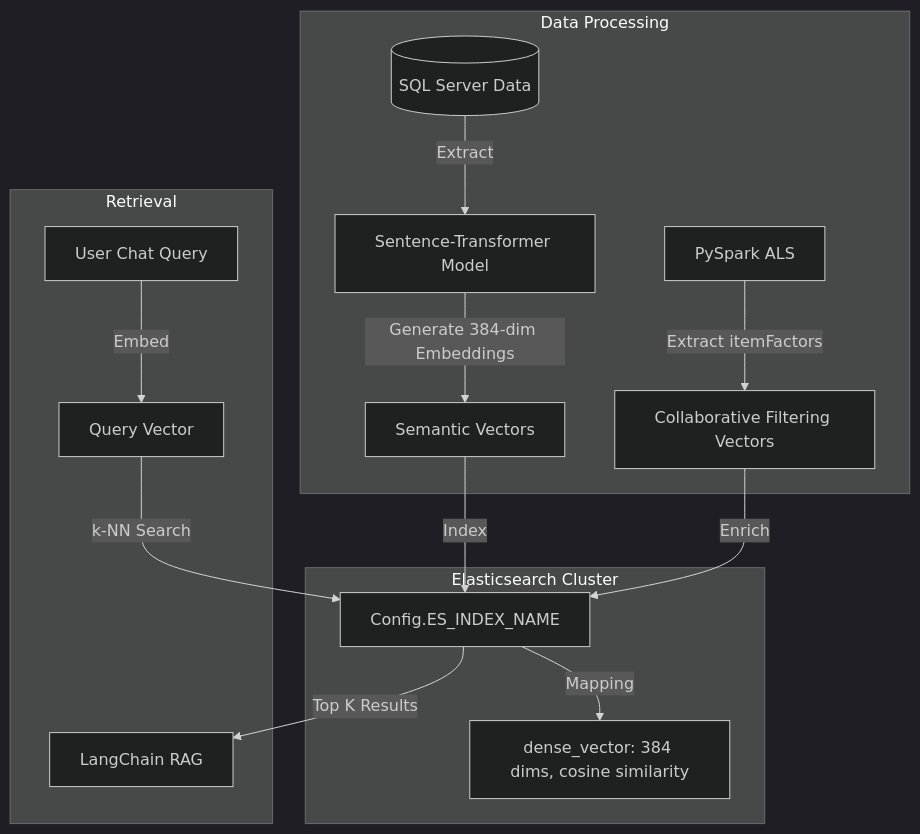
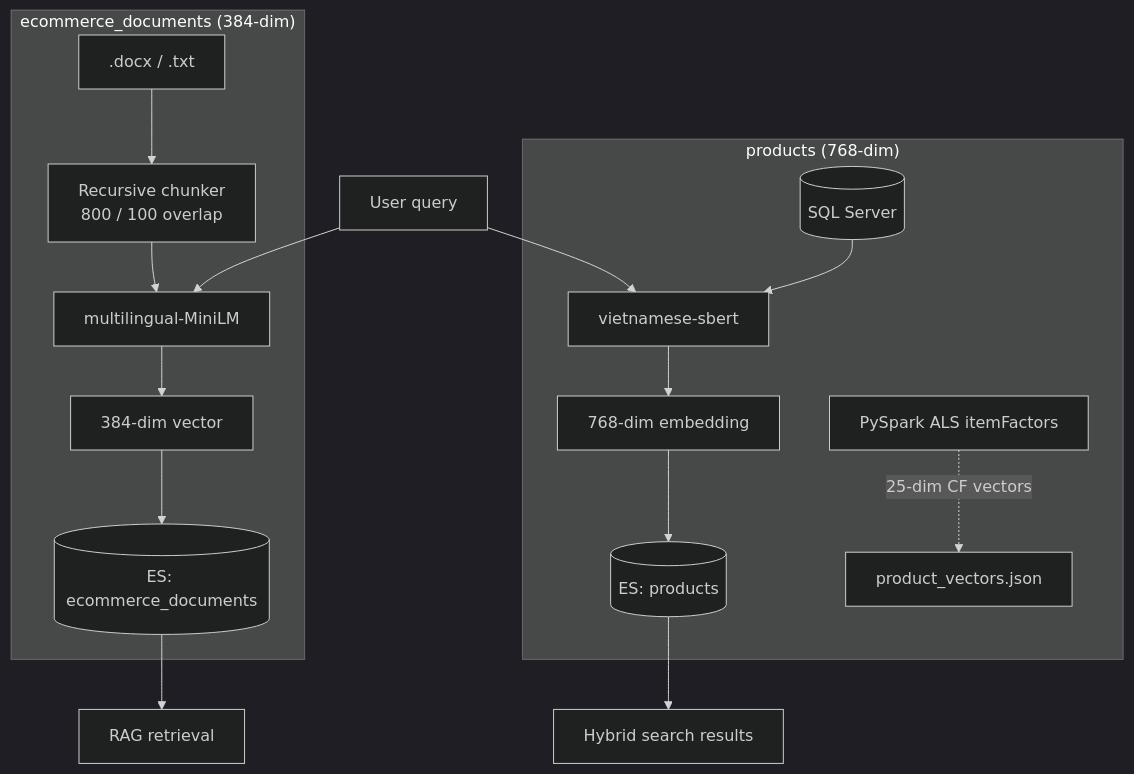
The fourth of 8 diagrams in README.md (chuong1210/VShop), drawn with Mermaid (dark theme) before and after one commit. The commit also changed other lines of this file, not shown here.

First line of the commit message:
docs: expand README with deep AI/RAG, Big Data, and application sections

````diff
--- a/README.md
+++ b/README.md
@@ -163,21 +214,19 @@
 ```mermaid
 flowchart TD
-    subgraph Data Processing
-        SQL[(SQL Server Data)] --> |Extract| BERT[Sentence-Transformer Model]
-        BERT --> |Generate 384-dim Embeddings| Vec1[Semantic Vectors]
-        
-        Spark[PySpark ALS] --> |Extract itemFactors| Vec2[Collaborative Filtering Vectors]
+    subgraph Product Index ["products (768-dim)"]
+        SQL[(SQL Server)] --> SB[vietnamese-sbert]
+        SB --> PV[768-dim embedding]
+        PV --> PIDX[(ES: products)]
+        ALS[PySpark ALS itemFactors] -. 25-dim CF vectors .-> PVJSON[product_vectors.json]
     end
-    
-    subgraph Elasticsearch Cluster
-        Vec1 --> |Index| Index[Config.ES_INDEX_NAME]
-        Vec2 --> |Enrich| Index
-        Index --> |Mapping| DV[dense_vector: 384 dims, cosine similarity]
+    subgraph Document Index ["ecommerce_documents (384-dim)"]
+        DOCX[".docx / .txt"] --> CH[Recursive chunker<br/>800 / 100 overlap]
+        CH --> MM[multilingual-MiniLM]
+        MM --> DV[384-dim vector]
+        DV --> DIDX[(ES: ecommerce_documents)]
     end
-    
-    subgraph Retrieval
-        Query[User Chat Query] --> |Embed| QVec[Query Vector]
-        QVec --> |k-NN Search| Index
-        Index --> |Top K Results| RAG[LangChain RAG]
-    end
+    Q[User query] --> SB
+    Q --> MM
+    PIDX --> SR[Hybrid search results]
+    DIDX --> RAG[RAG retrieval]
 ```
````
